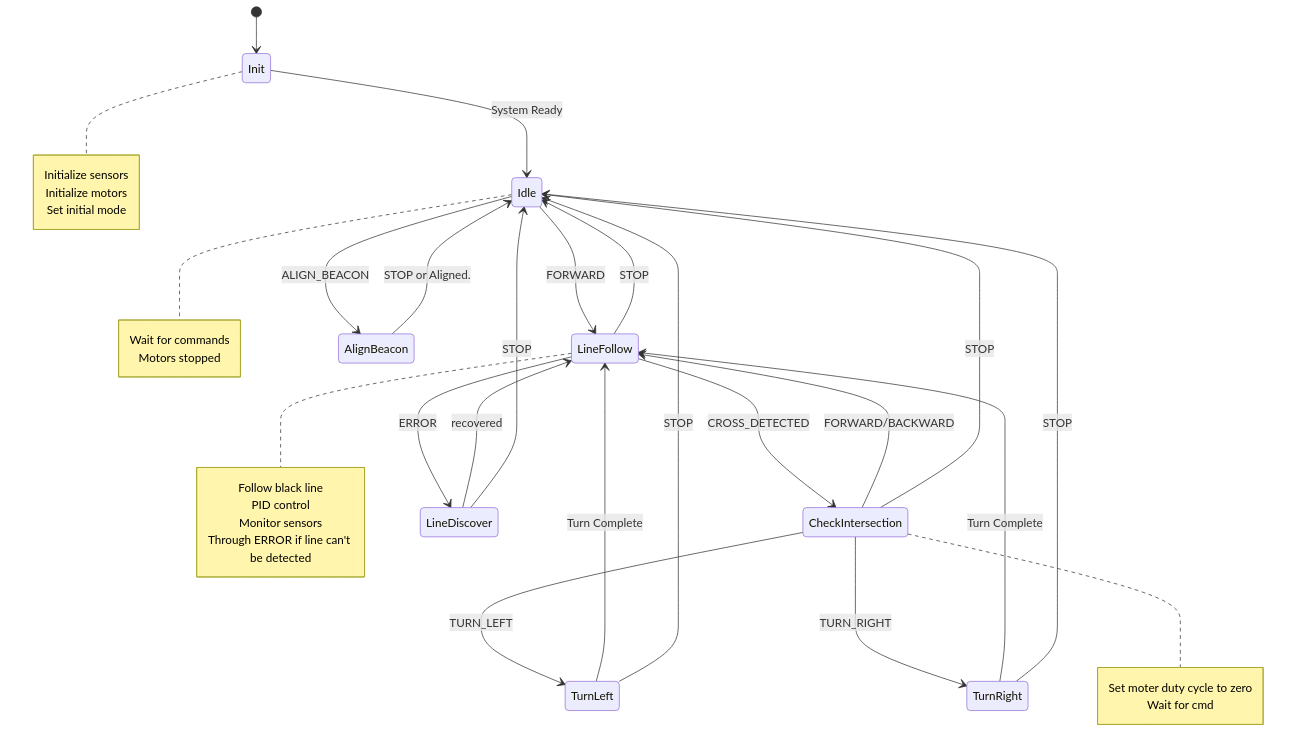
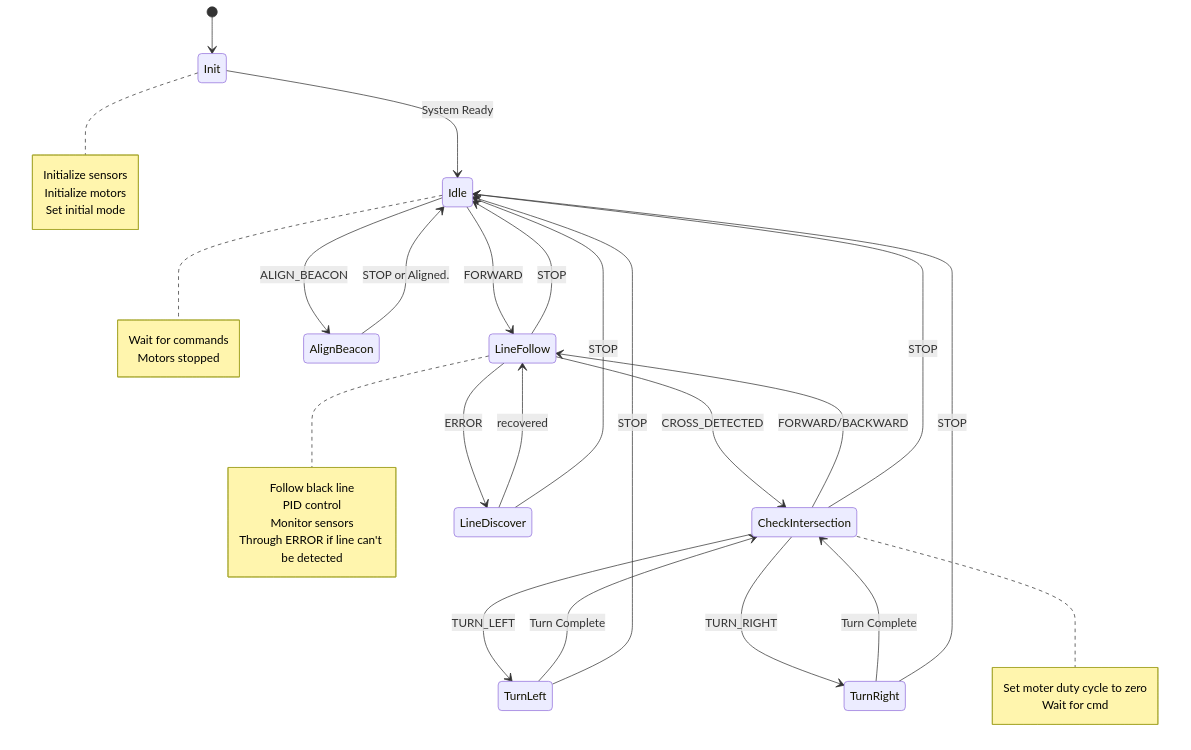
One commit to yuanzhedong/ME218-final changed the diagram in FSM/navigation.md. Above: the diagram before and after it, drawn with Mermaid. The commit also changed 2 other files, not shown here.

Commit message:
update FSM

````diff
--- a/FSM/navigation.md
+++ b/FSM/navigation.md
@@ -1,51 +1,51 @@
 ```mermaid
 stateDiagram-v2
     [*] --> Init
     
     Init --> Idle: System Ready
     note right of Init
         Initialize sensors
         Initialize motors
         Set initial mode
     end note
 
     Idle --> LineFollow: FORWARD
     Idle --> AlignBeacon: ALIGN_BEACON
     note right of Idle
         Wait for commands
         Motors stopped
     end note
 
     AlignBeacon --> Idle: STOP or Aligned.
 
     LineFollow --> CheckIntersection: CROSS_DETECTED
     LineFollow --> Idle: STOP
     LineFollow --> LineDiscover: ERROR
     note right of LineFollow
         Follow black line
         PID control
         Monitor sensors
         Through ERROR if line can't be detected
     end note
 
     CheckIntersection --> TurnLeft: TURN_LEFT
     CheckIntersection --> TurnRight: TURN_RIGHT
     CheckIntersection --> LineFollow: FORWARD/BACKWARD
     CheckIntersection --> Idle: STOP
     note right of CheckIntersection
         Set moter duty cycle to zero
         Wait for cmd
     end note
 
-    TurnLeft --> LineFollow: Turn Complete
-    TurnRight --> LineFollow: Turn Complete
+    TurnLeft --> CheckIntersection: Turn Complete
+    TurnRight --> CheckIntersection: Turn Complete
 
     TurnLeft --> Idle: STOP
     TurnRight --> Idle: STOP
 
     LineDiscover --> LineFollow: recovered
     LineDiscover --> Idle: STOP
 
     
 
 ```
````
